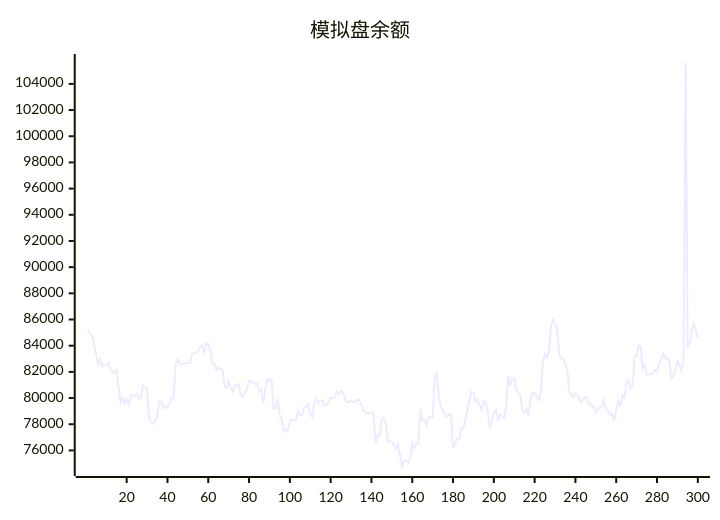
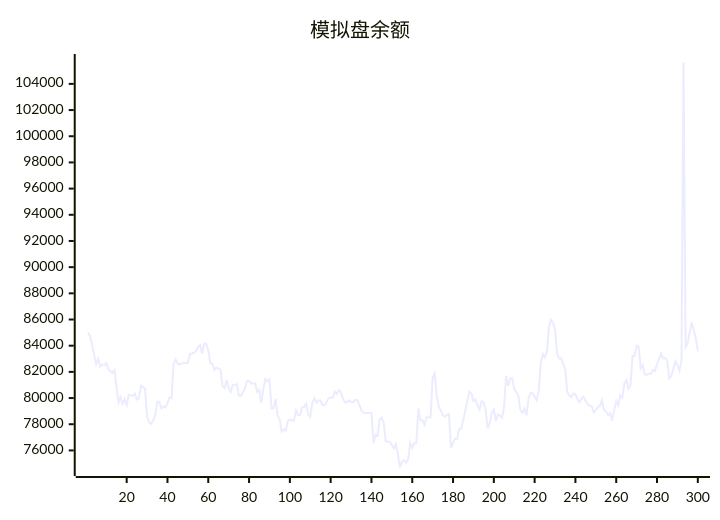
One commit to aahl/ai-trading changed the diagram in README.md. Above: the diagram before and after it, drawn with Mermaid. The commit also changed 1 other file, not shown here.

Commit message:
📈 Auto Trading Result

````diff
--- a/README.md
+++ b/README.md
@@ -5,5 +5,5 @@
 ```mermaid
 xychart
     title "模拟盘余额"
-    line [85150,85002,84751,84096,83356,82582,82983,82404,82572,82512,82688,82200,82047,81920,82125,80840,79688,80060,79552,79920,79470,80236,80208,80170,80336,79894,80006,80954,80837,80712,78561,78139,78037,78293,78682,79720,79720,79214,79372,79279,79591,80046,79993,82625,82950,82626,82571,82633,82670,82670,82681,83386,83378,83464,83579,83920,84037,83402,84160,84142,83652,82655,82655,82145,82315,82243,82163,80934,80770,81371,80742,80468,80989,80989,81067,80191,80155,80450,80737,81309,81309,81106,81119,81119,80471,80631,79624,80670,81448,81290,81429,79212,79222,79940,78643,78380,77432,77623,77504,78235,78358,78284,78277,79048,78714,78714,79290,79308,79567,78763,78563,79603,79988,79652,79813,79813,79476,79469,79673,79995,80015,80015,80486,80314,80600,80436,79966,79689,79689,79819,79692,79692,79850,79850,79518,79071,78889,78850,78850,78878,78878,76554,77202,77103,78357,78510,78106,76678,76677,76672,76411,76159,76485,75656,74695,75197,75246,75052,75334,76564,76179,76553,76551,79196,78300,78300,77944,78531,78531,78521,81564,81884,80160,79335,79055,78675,78580,78708,78764,76179,76586,76902,76876,77658,77669,78346,79023,79769,80497,80366,79761,79896,79448,79126,79749,79658,79097,77695,78114,78888,79126,78249,78738,78653,78478,79271,81680,80923,81488,81527,80681,80455,80190,79084,78879,79193,78686,79954,80403,80374,80118,79848,80491,82665,83351,83098,83525,85430,85983,85737,85221,83378,83014,83043,82613,82216,80477,80208,80081,80348,80277,79894,79670,79965,80093,79786,79542,79406,79371,78893,79087,79304,79406,79841,79072,78978,78696,78846,78272,79085,79787,79442,80198,80031,81120,81379,80718,80985,83214,83212,83993,83921,82270,82547,81776,81776,81866,81866,82158,82061,82596,83000,83408,83041,83050,82858,81503,81691,82188,82812,82517,82092,82901,105633,83898,84180,85030,85781,85178,84604]
+    line [85002,84751,84096,83356,82582,82983,82404,82572,82512,82688,82200,82047,81920,82125,80840,79688,80060,79552,79920,79470,80236,80208,80170,80336,79894,80006,80954,80837,80712,78561,78139,78037,78293,78682,79720,79720,79214,79372,79279,79591,80046,79993,82625,82950,82626,82571,82633,82670,82670,82681,83386,83378,83464,83579,83920,84037,83402,84160,84142,83652,82655,82655,82145,82315,82243,82163,80934,80770,81371,80742,80468,80989,80989,81067,80191,80155,80450,80737,81309,81309,81106,81119,81119,80471,80631,79624,80670,81448,81290,81429,79212,79222,79940,78643,78380,77432,77623,77504,78235,78358,78284,78277,79048,78714,78714,79290,79308,79567,78763,78563,79603,79988,79652,79813,79813,79476,79469,79673,79995,80015,80015,80486,80314,80600,80436,79966,79689,79689,79819,79692,79692,79850,79850,79518,79071,78889,78850,78850,78878,78878,76554,77202,77103,78357,78510,78106,76678,76677,76672,76411,76159,76485,75656,74695,75197,75246,75052,75334,76564,76179,76553,76551,79196,78300,78300,77944,78531,78531,78521,81564,81884,80160,79335,79055,78675,78580,78708,78764,76179,76586,76902,76876,77658,77669,78346,79023,79769,80497,80366,79761,79896,79448,79126,79749,79658,79097,77695,78114,78888,79126,78249,78738,78653,78478,79271,81680,80923,81488,81527,80681,80455,80190,79084,78879,79193,78686,79954,80403,80374,80118,79848,80491,82665,83351,83098,83525,85430,85983,85737,85221,83378,83014,83043,82613,82216,80477,80208,80081,80348,80277,79894,79670,79965,80093,79786,79542,79406,79371,78893,79087,79304,79406,79841,79072,78978,78696,78846,78272,79085,79787,79442,80198,80031,81120,81379,80718,80985,83214,83212,83993,83921,82270,82547,81776,81776,81866,81866,82158,82061,82596,83000,83408,83041,83050,82858,81503,81691,82188,82812,82517,82092,82901,105633,83898,84180,85030,85781,85178,84604,83569]
 ```
````
